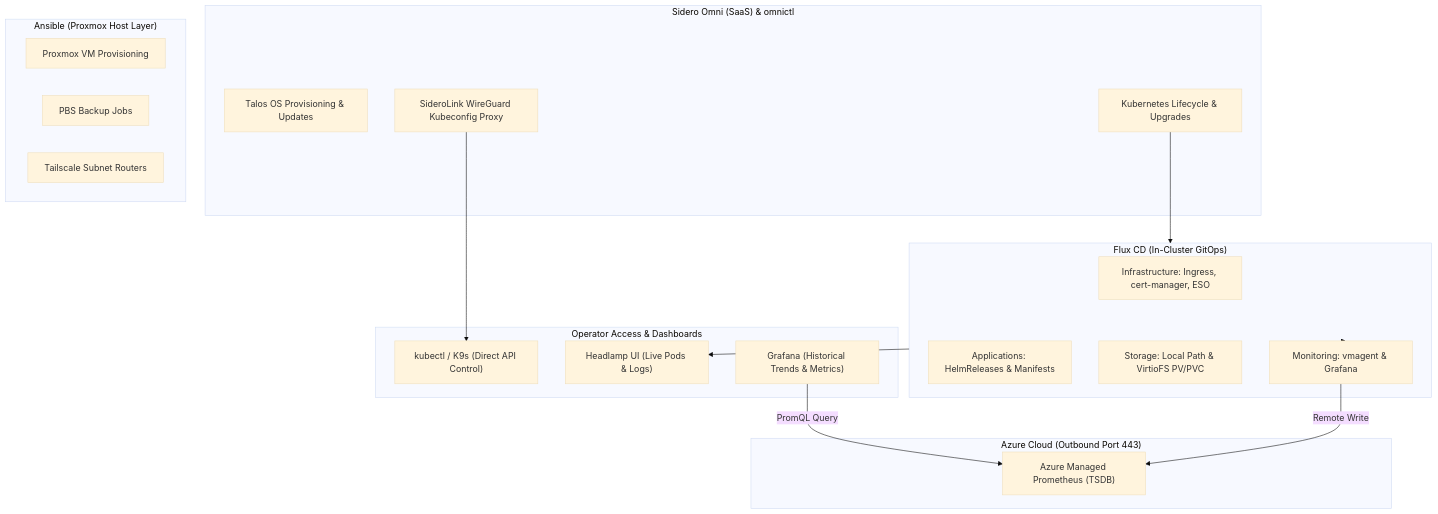
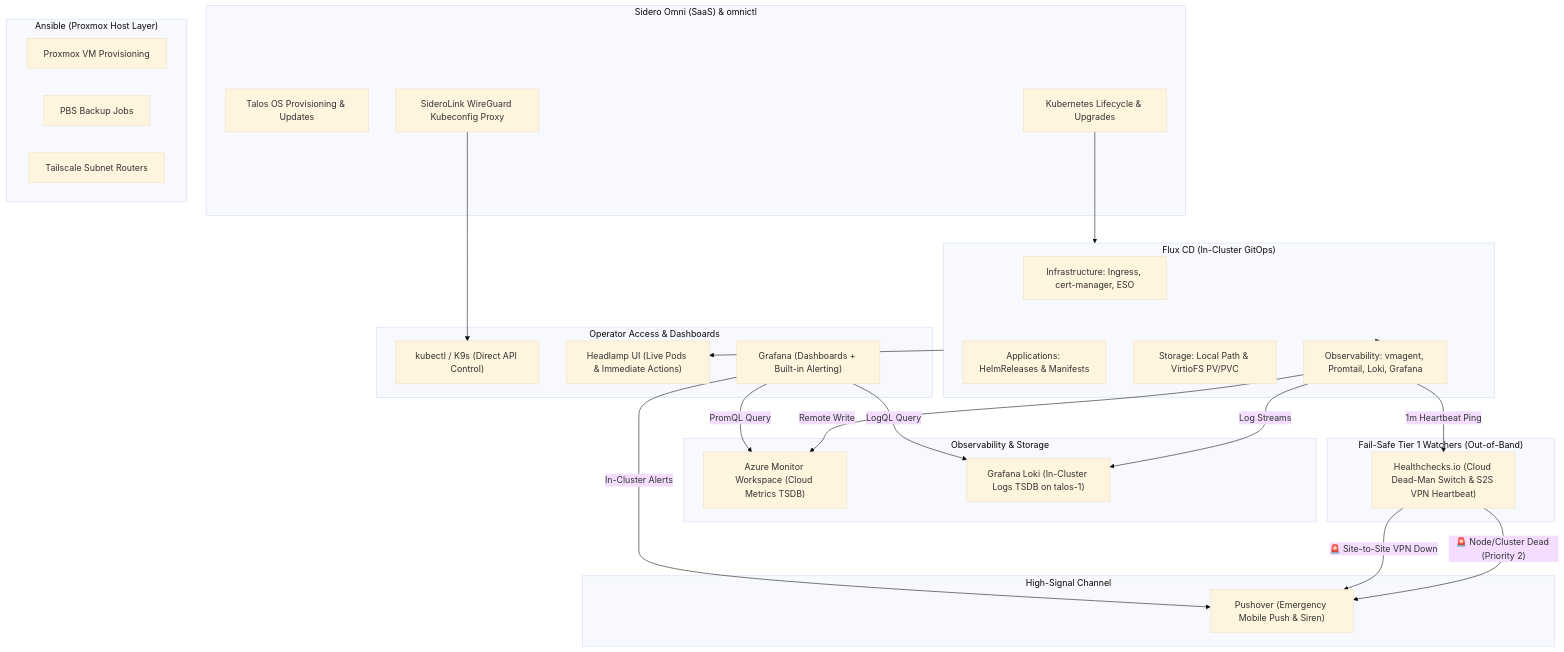
The third of 3 diagrams in K8s/PLAN.md (GabrielJean/HomeLab), drawn with Mermaid (base theme) before and after one commit. The commit also changed other lines of this file, not shown here.

````diff
--- a/K8s/PLAN.md
+++ b/K8s/PLAN.md
@@ -342,38 +482,57 @@
 ```mermaid
 flowchart TD
     subgraph Sidero_Omni["Sidero Omni (SaaS) & omnictl"]
         OMNI_OS["Talos OS Provisioning & Updates"]
         OMNI_K8S["Kubernetes Lifecycle & Upgrades"]
         OMNI_AUTH["SideroLink WireGuard Kubeconfig Proxy"]
     end
 
     subgraph GitOps_Flux["Flux CD (In-Cluster GitOps)"]
         FLUX_INFRA["Infrastructure: Ingress, cert-manager, ESO"]
         FLUX_APPS["Applications: HelmReleases & Manifests"]
         FLUX_STORE["Storage: Local Path & VirtioFS PV/PVC"]
-        FLUX_MON["Monitoring: vmagent & Grafana"]
+        FLUX_MON["Observability: vmagent, Promtail, Loki, Grafana"]
     end
 
     subgraph Admin_Tools["Operator Access & Dashboards"]
         KUBECTL["kubectl / K9s (Direct API Control)"]
-        HEADLAMP["Headlamp UI (Live Pods & Logs)"]
-        GRAFANA["Grafana (Historical Trends & Metrics)"]
+        HEADLAMP["Headlamp UI (Live Pods & Immediate Actions)"]
+        GRAFANA["Grafana (Dashboards + Built-in Alerting)"]
     end
 
-    subgraph Cloud_Metrics["Azure Cloud (Outbound Port 443)"]
-        AZ_PROM["Azure Managed Prometheus (TSDB)"]
+    subgraph Observability_Engines["Observability & Storage"]
+        AZ_PROM["Azure Monitor Workspace (Cloud Metrics TSDB)"]
+        LOKI["Grafana Loki (In-Cluster Logs TSDB on talos-1)"]
+    end
+
+    subgraph FailSafe_Watchers["Fail-Safe Tier 1 Watchers (Out-of-Band)"]
+        HC_IO["Healthchecks.io (Cloud Dead-Man Switch & S2S VPN Heartbeat)"]
+    end
+
+    subgraph Notifications["High-Signal Channel"]
+        PUSHOVER["Pushover (Emergency Mobile Push & Siren)"]
     end
 
     subgraph Host_Infra["Ansible (Proxmox Host Layer)"]
         ANS_VM["Proxmox VM Provisioning"]
         ANS_PBS["PBS Backup Jobs"]
         ANS_TS["Tailscale Subnet Routers"]
     end
 
     OMNI_AUTH --> KUBECTL
     OMNI_K8S --> GitOps_Flux
     GitOps_Flux --> HEADLAMP
     GitOps_Flux --> FLUX_MON
     FLUX_MON -- "Remote Write" --> AZ_PROM
+    FLUX_MON -- "Log Streams" --> LOKI
+    
+    %% Tier 1 (Node Down & S2S VPN Dead Man's Switch via Healthchecks.io)
+    FLUX_MON -- "1m Heartbeat Ping" --> HC_IO
+    HC_IO -- "🚨 Node/Cluster Dead (Priority 2)" --> PUSHOVER
+    HC_IO -- "🚨 Site-to-Site VPN Down" --> PUSHOVER
+
+    %% Tier 2 (In-Cluster Workload Alerts via Grafana)
+    GRAFANA -- "In-Cluster Alerts" --> PUSHOVER
     GRAFANA -- "PromQL Query" --> AZ_PROM
+    GRAFANA -- "LogQL Query" --> LOKI
 ```
````
